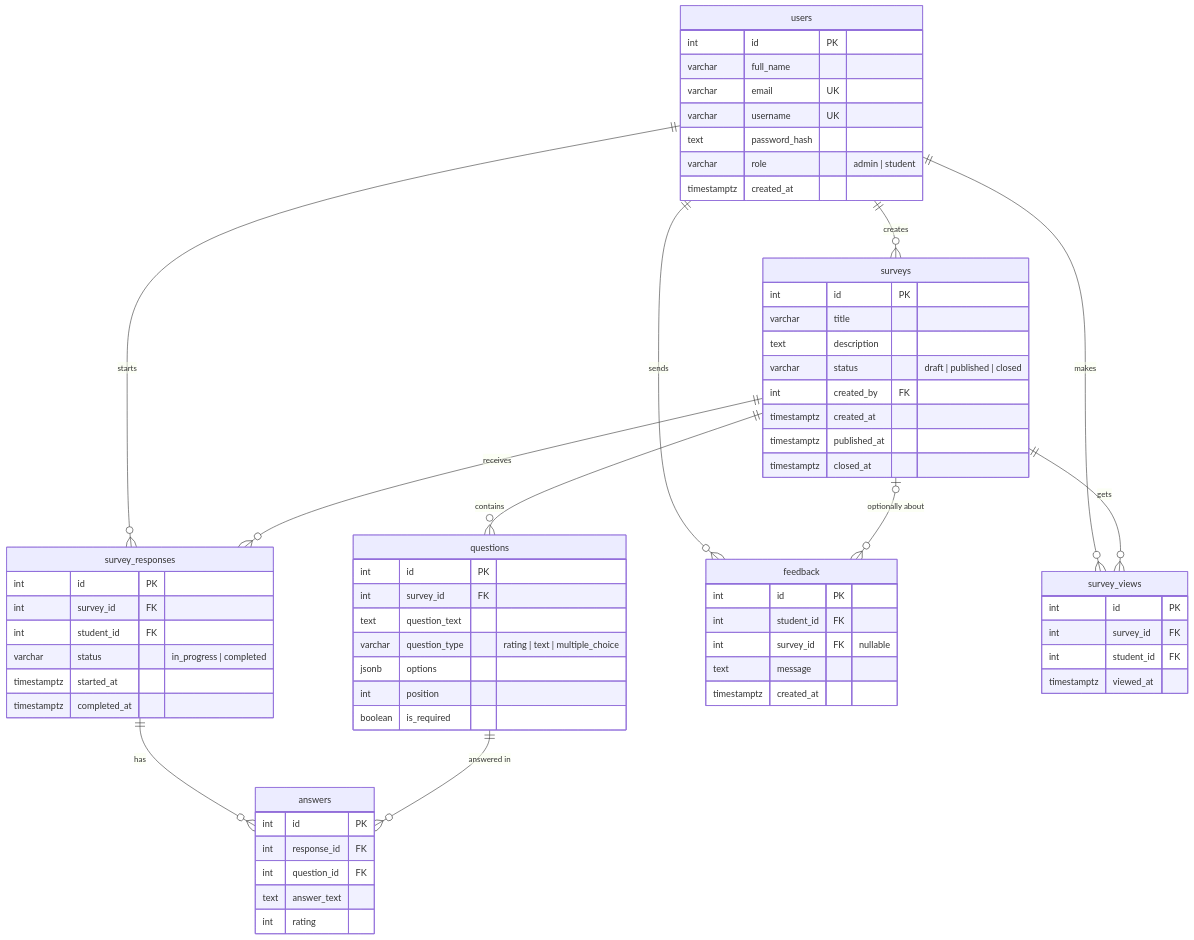
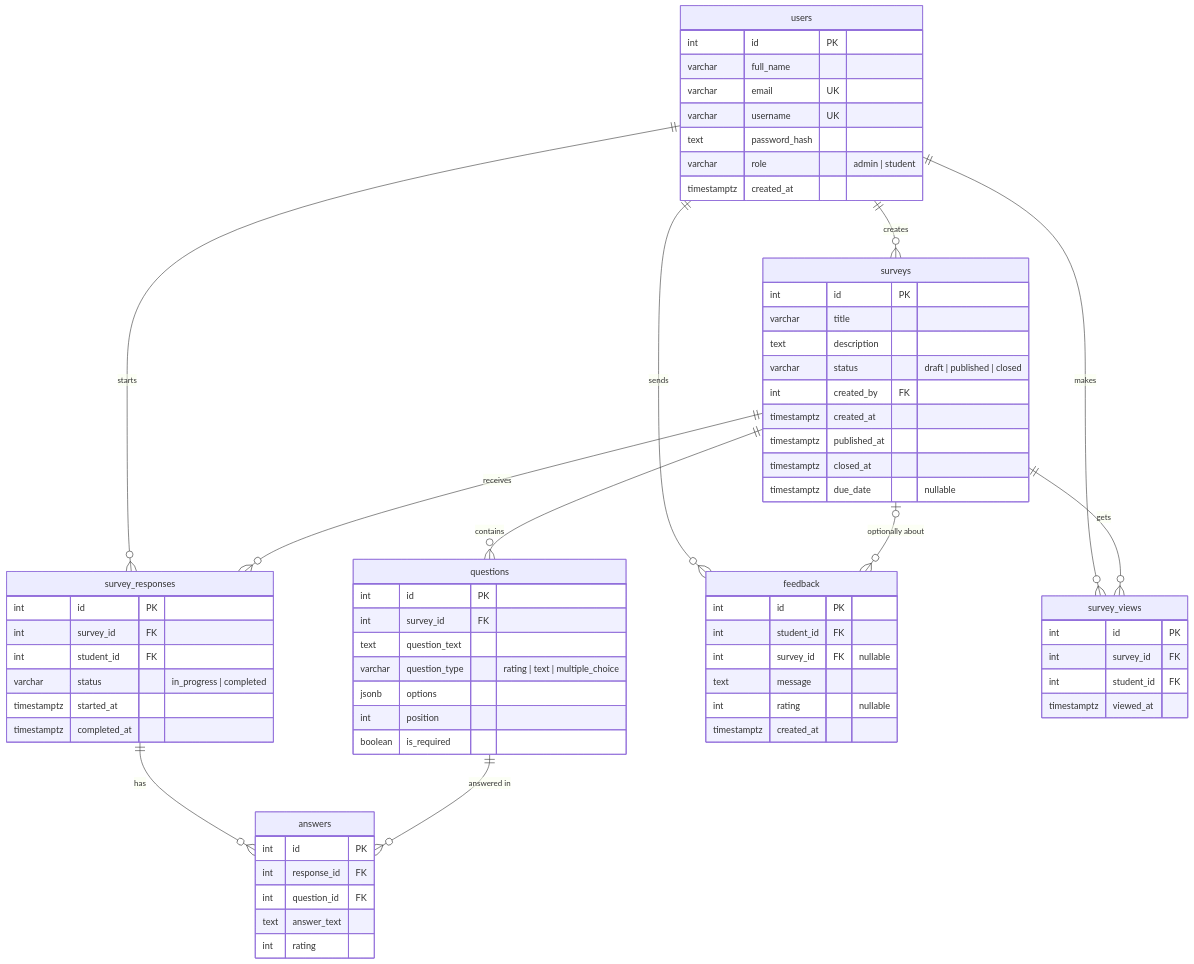
Before and after one commit to xMahmoudSami/Campus-Feedback: the diagram in database/README.md, drawn with Mermaid. The commit also changed other lines of this file and 23 other files, not shown here.

````diff
--- a/database/README.md
+++ b/database/README.md
@@ -7,70 +9,72 @@
 ```mermaid
 erDiagram
     users ||--o{ surveys : "creates"
     surveys ||--o{ questions : "contains"
     users ||--o{ survey_responses : "starts"
     surveys ||--o{ survey_responses : "receives"
     survey_responses ||--o{ answers : "has"
     questions ||--o{ answers : "answered in"
     users ||--o{ feedback : "sends"
     surveys |o--o{ feedback : "optionally about"
     users ||--o{ survey_views : "makes"
     surveys ||--o{ survey_views : "gets"
 
     users {
         int id PK
         varchar full_name
         varchar email UK
         varchar username UK
         text password_hash
         varchar role "admin | student"
         timestamptz created_at
     }
     surveys {
         int id PK
         varchar title
         text description
         varchar status "draft | published | closed"
         int created_by FK
         timestamptz created_at
         timestamptz published_at
         timestamptz closed_at
+        timestamptz due_date "nullable"
     }
     questions {
         int id PK
         int survey_id FK
         text question_text
         varchar question_type "rating | text | multiple_choice"
         jsonb options
         int position
         boolean is_required
     }
     survey_responses {
         int id PK
         int survey_id FK
         int student_id FK
         varchar status "in_progress | completed"
         timestamptz started_at
         timestamptz completed_at
     }
     answers {
         int id PK
         int response_id FK
         int question_id FK
         text answer_text
         int rating
     }
     feedback {
         int id PK
         int student_id FK
         int survey_id FK "nullable"
         text message
+        int rating "nullable"
         timestamptz created_at
     }
     survey_views {
         int id PK
         int survey_id FK
         int student_id FK
         timestamptz viewed_at
     }
 ```
````
